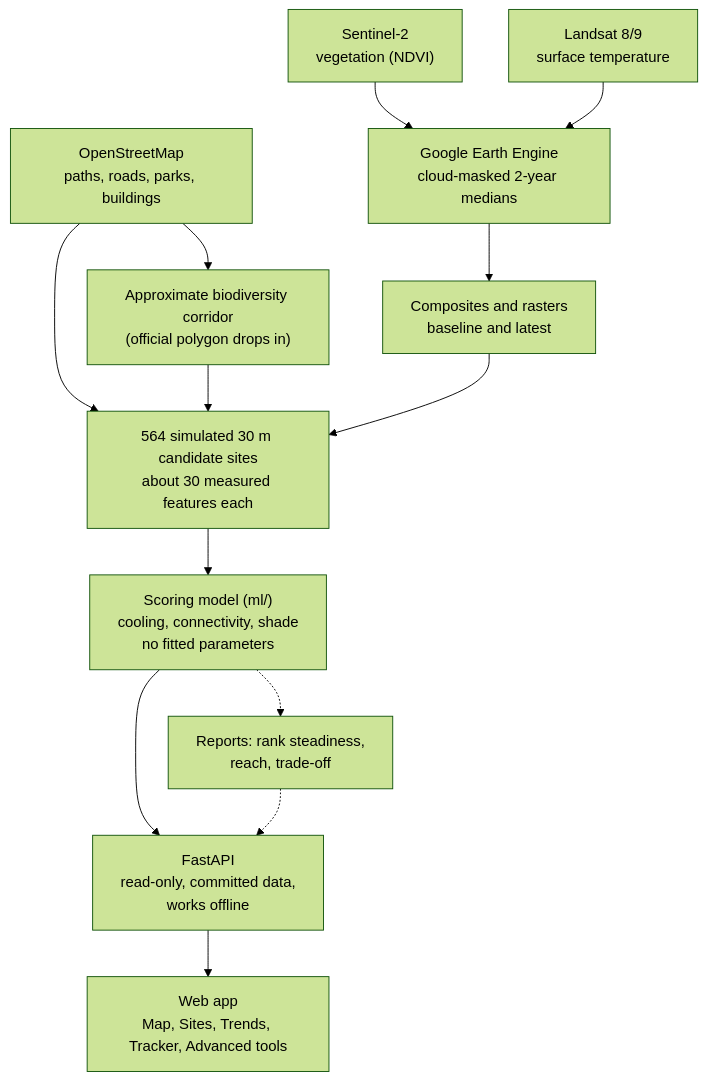
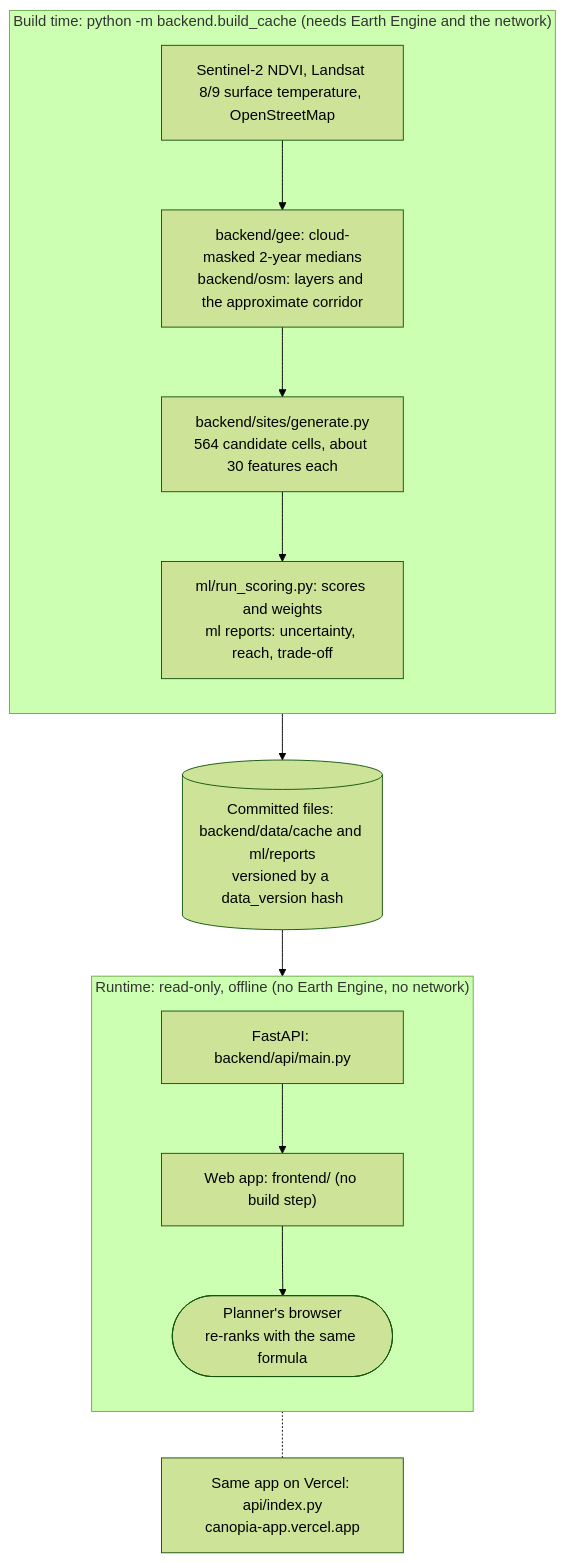
One commit to mpip0505/simedarbyhackathon changed the third of 4 diagrams in README.md. Above: the diagram before and after it, drawn with Mermaid (forest theme). The commit also changed other lines of this file and 19 other files, not shown here.

First line of the commit message:
Revamp the README and add docs/architecture.md for the Canopia redesign

````diff
--- a/README.md
+++ b/README.md
@@ -91,15 +110,17 @@
 ```mermaid
 flowchart TB
-  S2["Sentinel-2<br/>vegetation (NDVI)"] --> GEE["Google Earth Engine<br/>cloud-masked 2-year medians"]
-  L8["Landsat 8/9<br/>surface temperature"] --> GEE
-  OSM["OpenStreetMap<br/>paths, roads, parks, buildings"] --> CORR["Approximate biodiversity corridor<br/>(official polygon drops in)"]
-  GEE --> RAS["Composites and rasters<br/>baseline and latest"]
-  OSM --> SITES["564 simulated 30 m candidate sites<br/>about 30 measured features each"]
-  CORR --> SITES
-  RAS --> SITES
-  SITES --> SCORE["Scoring model (ml/)<br/>cooling, connectivity, shade<br/>no fitted parameters"]
-  SCORE --> API["FastAPI<br/>read-only, committed data,<br/>works offline"]
-  API --> APP["Web app<br/>Map, Sites, Trends, Tracker, Advanced tools"]
-  SCORE -.-> REP["Reports: rank steadiness,<br/>reach, trade-off"]
-  REP -.-> API
+  subgraph BUILD["Build time: python -m backend.build_cache (needs Earth Engine and the network)"]
+    direction TB
+    IN["Sentinel-2 NDVI, Landsat 8/9 surface temperature, OpenStreetMap"] --> PREP["backend/gee: cloud-masked 2-year medians<br/>backend/osm: layers and the approximate corridor"]
+    PREP --> SITES["backend/sites/generate.py<br/>564 candidate cells, about 30 features each"]
+    SITES --> ML["ml/run_scoring.py: scores and weights<br/>ml reports: uncertainty, reach, trade-off"]
+  end
+  ML --> CACHE[("Committed files: backend/data/cache and ml/reports<br/>versioned by a data_version hash")]
+  subgraph RUN["Runtime: read-only, offline (no Earth Engine, no network)"]
+    direction TB
+    API["FastAPI: backend/api/main.py"] --> APP["Web app: frontend/ (no build step)"]
+    APP --> USER(["Planner's browser<br/>re-ranks with the same formula"])
+  end
+  CACHE --> API
+  RUN -.- VERCEL["Same app on Vercel: api/index.py<br/>canopia-app.vercel.app"]
 ```
````
